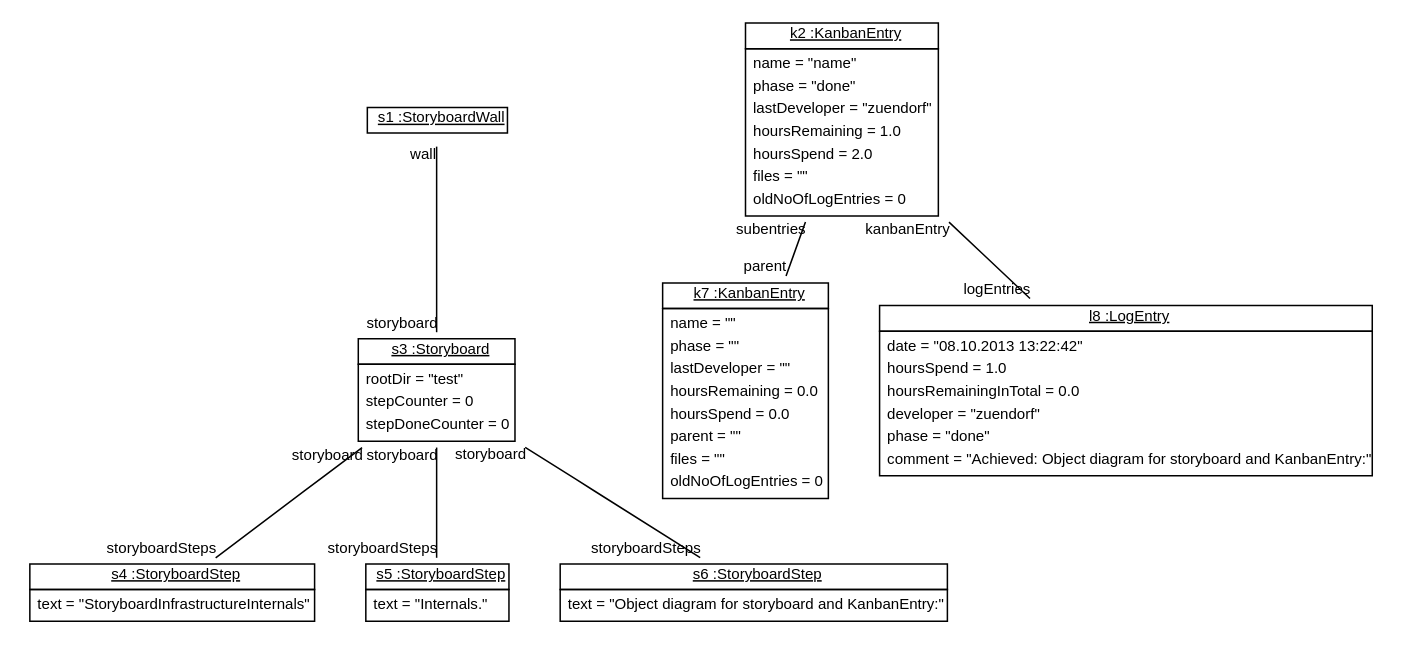
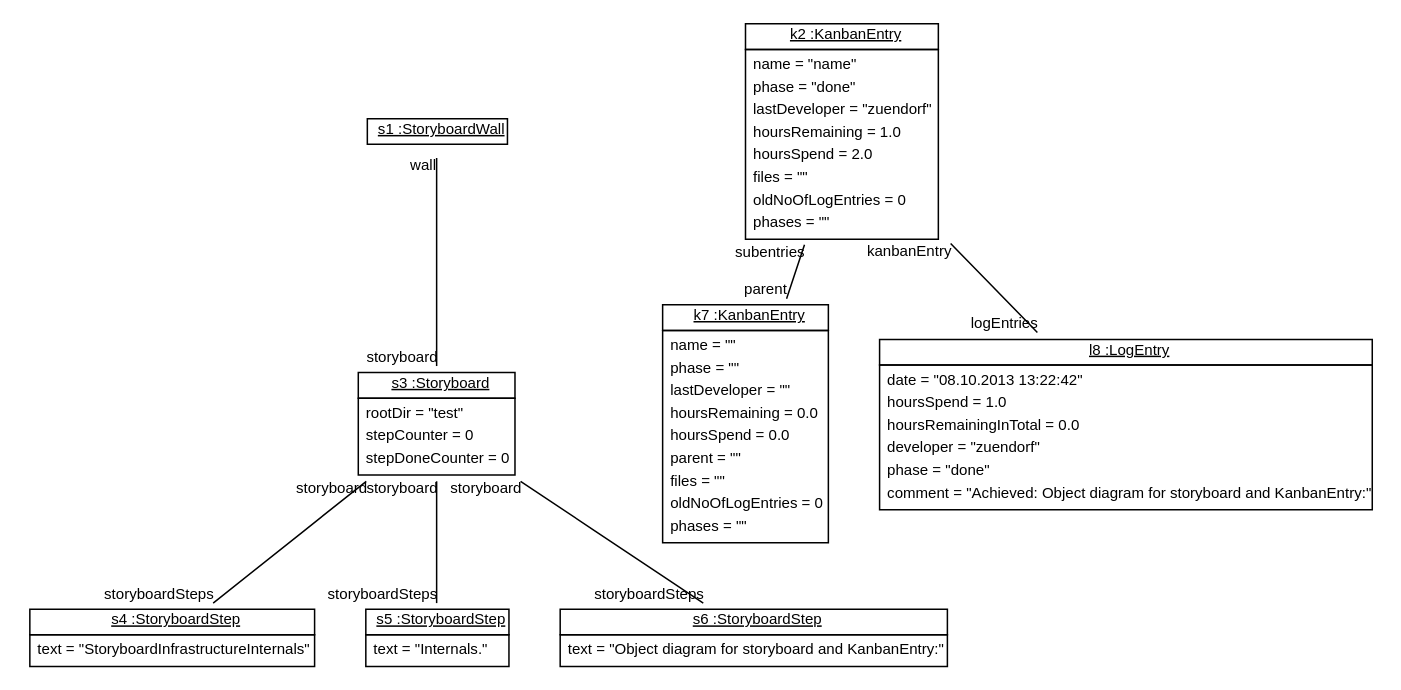
One commit to fujaba/SDMLib changed the diagram in doc/StoryboardInfrastructureInternals4.dot. Above: the diagram before and after it, drawn with Graphviz. The commit also changed 45 other files, not shown here.

```diff
--- a/doc/StoryboardInfrastructureInternals4.dot
+++ b/doc/StoryboardInfrastructureInternals4.dot
@@ -1,21 +1,21 @@
 graph ObjectDiagram {
    node [shape = none, fontsize = 10, fontname = "Arial"];
    edge [fontsize = 10, fontname = "Arial"];
    compound=true;
 
 s1 [label=<<table border='0' cellborder='1' cellspacing='0'> <tr> <td href="../../SDMLib/src/org/sdmlib/storyboards/StoryboardWall.java"> <u>s1 :StoryboardWall</u></td></tr></table>>];
 s3 [label=<<table border='0' cellborder='1' cellspacing='0'> <tr> <td href="../../SDMLib/src/org/sdmlib/storyboards/Storyboard.java"> <u>s3 :Storyboard</u></td></tr><tr><td><table border='0' cellborder='0' cellspacing='0'><tr><td align='left'>rootDir = "test"</td></tr><tr><td align='left'>stepCounter = 0</td></tr><tr><td align='left'>stepDoneCounter = 0</td></tr></table></td></tr></table>>];
 s4 [label=<<table border='0' cellborder='1' cellspacing='0'> <tr> <td href="../../SDMLib/src/org/sdmlib/storyboards/StoryboardStep.java"> <u>s4 :StoryboardStep</u></td></tr><tr><td><table border='0' cellborder='0' cellspacing='0'><tr><td align='left'>text = "StoryboardInfrastructureInternals"</td></tr></table></td></tr></table>>];
 s5 [label=<<table border='0' cellborder='1' cellspacing='0'> <tr> <td href="../../SDMLib/src/org/sdmlib/storyboards/StoryboardStep.java"> <u>s5 :StoryboardStep</u></td></tr><tr><td><table border='0' cellborder='0' cellspacing='0'><tr><td align='left'>text = "Internals."</td></tr></table></td></tr></table>>];
 s6 [label=<<table border='0' cellborder='1' cellspacing='0'> <tr> <td href="../../SDMLib/src/org/sdmlib/storyboards/StoryboardStep.java"> <u>s6 :StoryboardStep</u></td></tr><tr><td><table border='0' cellborder='0' cellspacing='0'><tr><td align='left'>text = "Object diagram for storyboard and KanbanEntry:"</td></tr></table></td></tr></table>>];
-k2 [label=<<table border='0' cellborder='1' cellspacing='0'> <tr> <td href="../../SDMLib/src/org/sdmlib/storyboards/KanbanEntry.java"> <u>k2 :KanbanEntry</u></td></tr><tr><td><table border='0' cellborder='0' cellspacing='0'><tr><td align='left'>name = "name"</td></tr><tr><td align='left'>phase = "done"</td></tr><tr><td align='left'>lastDeveloper = "zuendorf"</td></tr><tr><td align='left'>hoursRemaining = 1.0</td></tr><tr><td align='left'>hoursSpend = 2.0</td></tr><tr><td align='left'>files = ""</td></tr><tr><td align='left'>oldNoOfLogEntries = 0</td></tr></table></td></tr></table>>];
-k7 [label=<<table border='0' cellborder='1' cellspacing='0'> <tr> <td href="../../SDMLib/src/org/sdmlib/storyboards/KanbanEntry.java"> <u>k7 :KanbanEntry</u></td></tr><tr><td><table border='0' cellborder='0' cellspacing='0'><tr><td align='left'>name = ""</td></tr><tr><td align='left'>phase = ""</td></tr><tr><td align='left'>lastDeveloper = ""</td></tr><tr><td align='left'>hoursRemaining = 0.0</td></tr><tr><td align='left'>hoursSpend = 0.0</td></tr><tr><td align='left'>parent = ""</td></tr><tr><td align='left'>files = ""</td></tr><tr><td align='left'>oldNoOfLogEntries = 0</td></tr></table></td></tr></table>>];
+k2 [label=<<table border='0' cellborder='1' cellspacing='0'> <tr> <td href="../../SDMLib/src/org/sdmlib/storyboards/KanbanEntry.java"> <u>k2 :KanbanEntry</u></td></tr><tr><td><table border='0' cellborder='0' cellspacing='0'><tr><td align='left'>name = "name"</td></tr><tr><td align='left'>phase = "done"</td></tr><tr><td align='left'>lastDeveloper = "zuendorf"</td></tr><tr><td align='left'>hoursRemaining = 1.0</td></tr><tr><td align='left'>hoursSpend = 2.0</td></tr><tr><td align='left'>files = ""</td></tr><tr><td align='left'>oldNoOfLogEntries = 0</td></tr><tr><td align='left'>phases = ""</td></tr></table></td></tr></table>>];
+k7 [label=<<table border='0' cellborder='1' cellspacing='0'> <tr> <td href="../../SDMLib/src/org/sdmlib/storyboards/KanbanEntry.java"> <u>k7 :KanbanEntry</u></td></tr><tr><td><table border='0' cellborder='0' cellspacing='0'><tr><td align='left'>name = ""</td></tr><tr><td align='left'>phase = ""</td></tr><tr><td align='left'>lastDeveloper = ""</td></tr><tr><td align='left'>hoursRemaining = 0.0</td></tr><tr><td align='left'>hoursSpend = 0.0</td></tr><tr><td align='left'>parent = ""</td></tr><tr><td align='left'>files = ""</td></tr><tr><td align='left'>oldNoOfLogEntries = 0</td></tr><tr><td align='left'>phases = ""</td></tr></table></td></tr></table>>];
 l8 [label=<<table border='0' cellborder='1' cellspacing='0'> <tr> <td href="../../SDMLib/src/org/sdmlib/storyboards/LogEntry.java"> <u>l8 :LogEntry</u></td></tr><tr><td><table border='0' cellborder='0' cellspacing='0'><tr><td align='left'>date = "08.10.2013 13:22:42"</td></tr><tr><td align='left'>hoursSpend = 1.0</td></tr><tr><td align='left'>hoursRemainingInTotal = 0.0</td></tr><tr><td align='left'>developer = "zuendorf"</td></tr><tr><td align='left'>phase = "done"</td></tr><tr><td align='left'>comment = "Achieved: Object diagram for storyboard and KanbanEntry:"</td></tr></table></td></tr></table>>];
 
 s1 -- s3 [headlabel = "storyboard" taillabel = "wall"];
 s3 -- s4 [headlabel = "storyboardSteps" taillabel = "storyboard"];
 s3 -- s5 [headlabel = "storyboardSteps" taillabel = "storyboard"];
 s3 -- s6 [headlabel = "storyboardSteps" taillabel = "storyboard"];
 k2 -- k7 [headlabel = "parent" taillabel = "subentries"];
 k2 -- l8 [headlabel = "logEntries" taillabel = "kanbanEntry"];
 }
```
